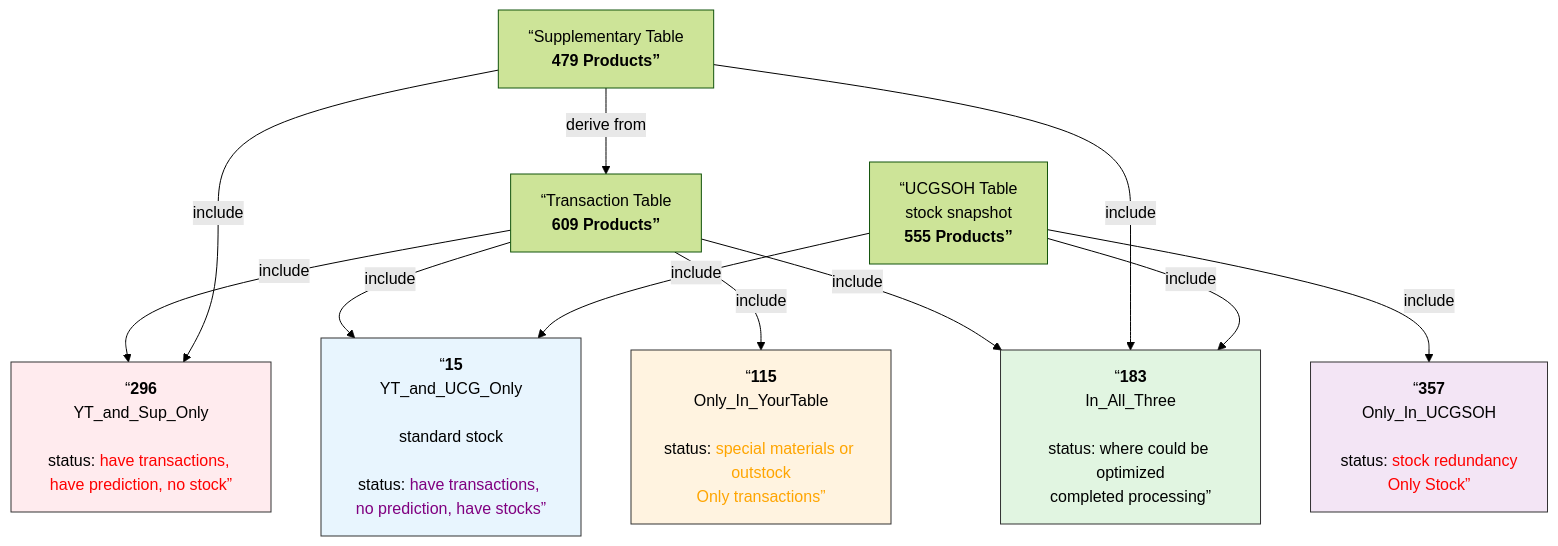
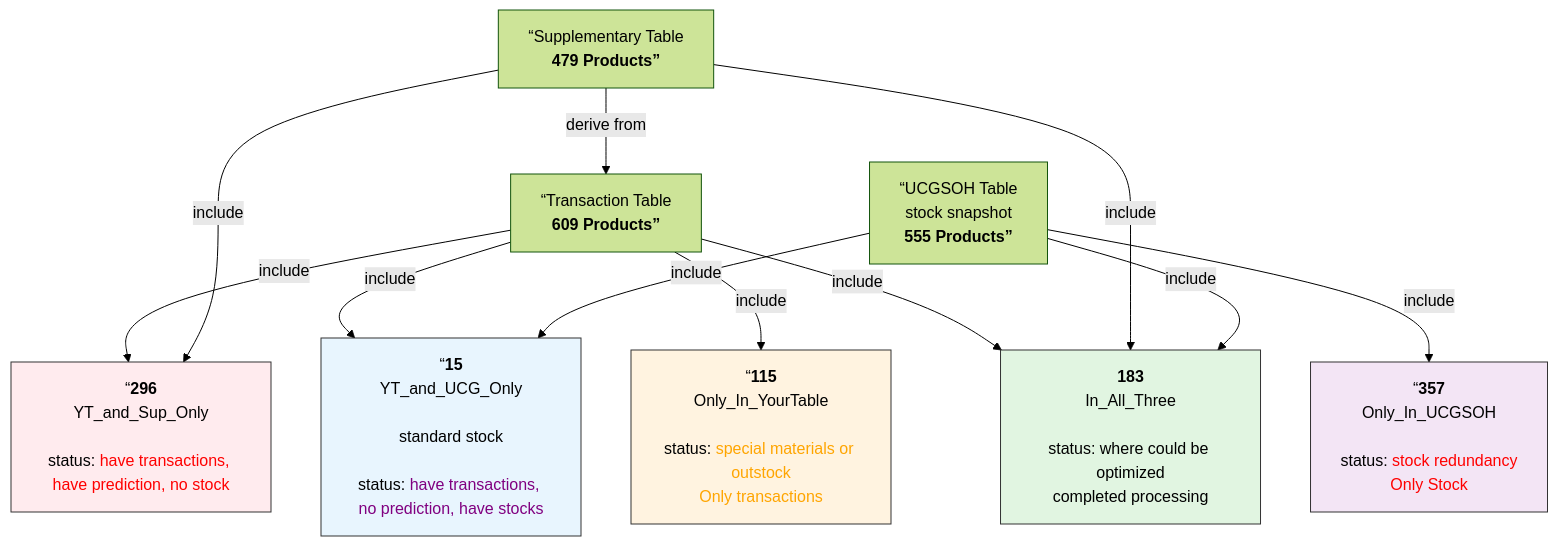
The diagram in Telecommunication/Table relationships by productcode.md (Inessa-YG/Marketing), drawn with Mermaid (forest theme) before and after one commit.

Commit message:
Fix formatting issues in product code relationships

````diff
--- a/Telecommunication/Table relationships by productcode.md
+++ b/Telecommunication/Table relationships by productcode.md
@@ -1,37 +1,37 @@
 ```mermaid
 flowchart TD
     A[“Transaction Table<br><b>609 Products”]
 
     B[“Supplementary Table<br><b>479 Products”]
 
     C[“UCGSOH Table<br>stock snapshot<br><b>555 Products”]
 
-    AB[“<b>296</b><br>YT_and_Sup_Only<br><br>status: <font color=red>have transactions, have prediction, no stock”]
+    AB[“<b>296</b><br>YT_and_Sup_Only<br><br>status: <font color=red>have transactions, have prediction, no stock]
 
-    AC[“<b>15</b><br>YT_and_UCG_Only<br><br>standard stock<br><br>status: <font color=purple>have transactions, no prediction, have stocks”]
+    AC[“<b>15</b><br>YT_and_UCG_Only<br><br>standard stock<br><br>status: <font color=purple>have transactions, no prediction, have stocks]
 
-    A_Only[“<b>115</b><br>Only_In_YourTable<br><br>status: <font color=orange>special materials or outstock<br>Only transactions”]
+    A_Only[“<b>115</b><br>Only_In_YourTable<br><br>status: <font color=orange>special materials or outstock<br>Only transactions]
 
-    C_Only[“<b>357</b><br>Only_In_UCGSOH<br><br>status: <font color=red>stock redundancy<br>Only Stock”]
+    C_Only[“<b>357</b><br>Only_In_UCGSOH<br><br>status: <font color=red>stock redundancy<br>Only Stock]
 
-    ABC[“<b>183</b><br>In_All_Three<br><br>status: where could be optimized<br>completed processing”]
+    ABC["<b>183</b><br>In_All_Three<br><br>status: where could be optimized<br>completed processing"]
 
     A -->|include| AB
     A -->|include| AC
     A -->|include| A_Only
     A -->|include| ABC
 
     B -->|derive from| A
     B -->|include| AB
     B -->|include| ABC
 
     C -->|include| AC
     C -->|include| C_Only
     C -->|include| ABC
 
     style ABC fill:#e1f5e1,stroke:#333
     style AB fill:#ffebee,stroke:#333
     style A_Only fill:#fff3e0,stroke:#333
     style C_Only fill:#f3e5f5,stroke:#333
     style AC fill:#e8f5fe,stroke:#333
 ```
````
